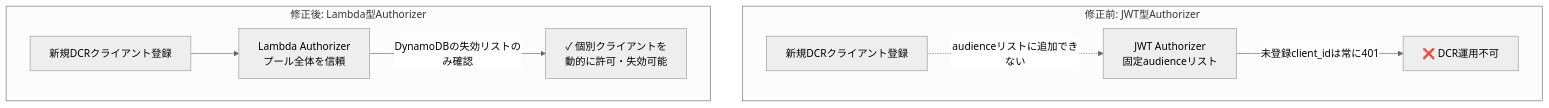
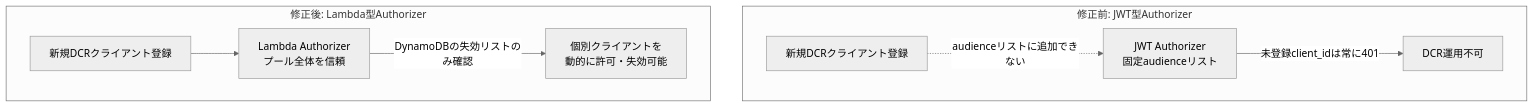
The second of 4 diagrams in docs/10-dcr-implementation.md (primenumber-dev/quick-agentcore-poc), drawn with Mermaid (neutral theme) before and after one commit. The commit also changed other lines of this file and 13 other files, not shown here.

````diff
--- a/docs/10-dcr-implementation.md
+++ b/docs/10-dcr-implementation.md
@@ -89,11 +99,11 @@
 ```mermaid
 flowchart TB
     subgraph before["修正前: JWT型Authorizer"]
         C1[新規DCRクライアント登録] -.->|"audienceリストに追加できない"| A1[JWT Authorizer<br/>固定audienceリスト]
-        A1 -->|"未登録client_idは常に401"| X1[❌ DCR運用不可]
+        A1 -->|"未登録client_idは常に401"| X1[DCR運用不可]
     end
     subgraph after["修正後: Lambda型Authorizer"]
         C2[新規DCRクライアント登録] --> A2[Lambda Authorizer<br/>プール全体を信頼]
-        A2 -->|"DynamoDBの失効リストのみ確認"| X2[✓ 個別クライアントを<br/>動的に許可・失効可能]
+        A2 -->|"DynamoDBの失効リストのみ確認"| X2[個別クライアントを<br/>動的に許可・失効可能]
     end
 ```
````
